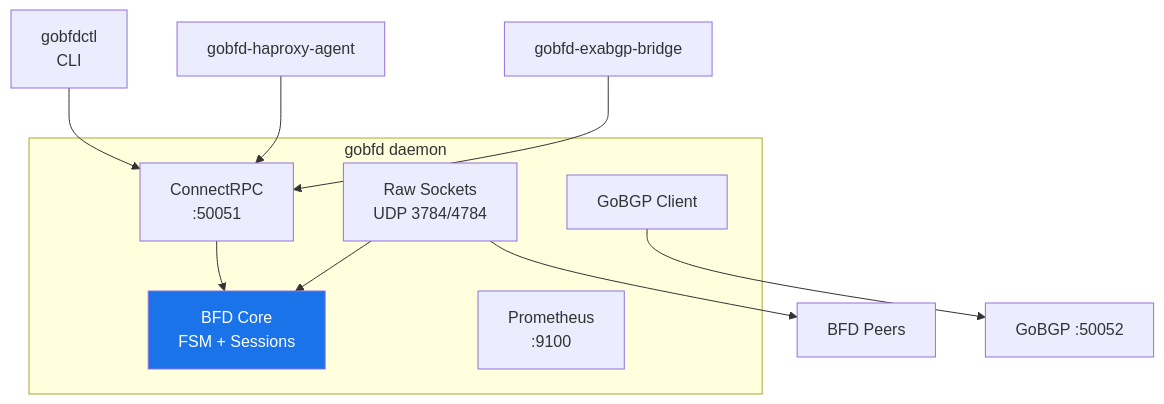
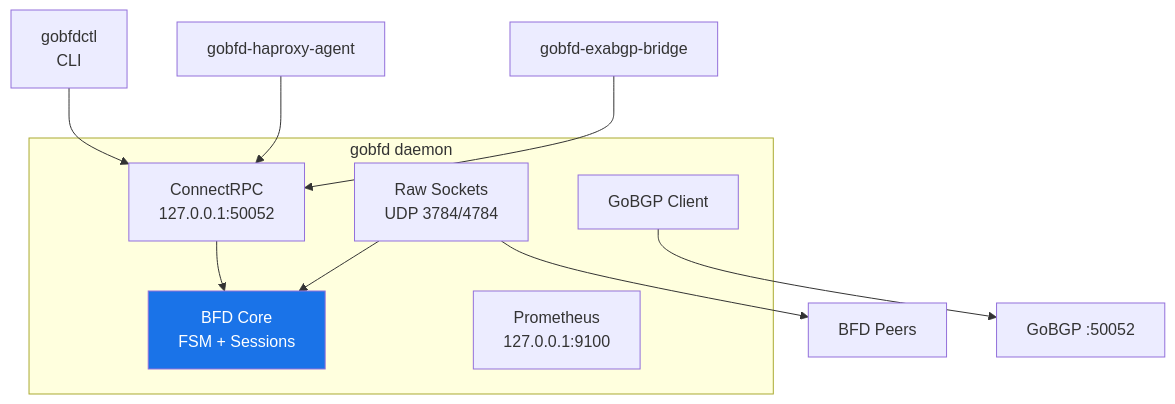
Before and after one commit to dantte-lp/gobfd: the diagram in README.md, drawn with Mermaid. The commit also changed 19 other files, not shown here.

````diff
--- a/README.md
+++ b/README.md
@@ -69,20 +69,20 @@
 ```mermaid
 graph TB
     subgraph "gobfd daemon"
-        SRV["ConnectRPC<br/>:50051"]
+        SRV["ConnectRPC<br/>127.0.0.1:50052"]
         BFD["BFD Core<br/>FSM + Sessions"]
         NET["Raw Sockets<br/>UDP 3784/4784"]
         BGP["GoBGP Client"]
-        MET["Prometheus<br/>:9100"]
+        MET["Prometheus<br/>127.0.0.1:9100"]
     end
 
     CLI["gobfdctl<br/>CLI"] --> SRV
     HAP["gobfd-haproxy-agent"] --> SRV
     EXA["gobfd-exabgp-bridge"] --> SRV
     SRV --> BFD
     NET --> BFD
     BGP --> GOBGP["GoBGP :50052"]
     NET --> PEER["BFD Peers"]
 
     style BFD fill:#1a73e8,color:#fff
 ```
````
